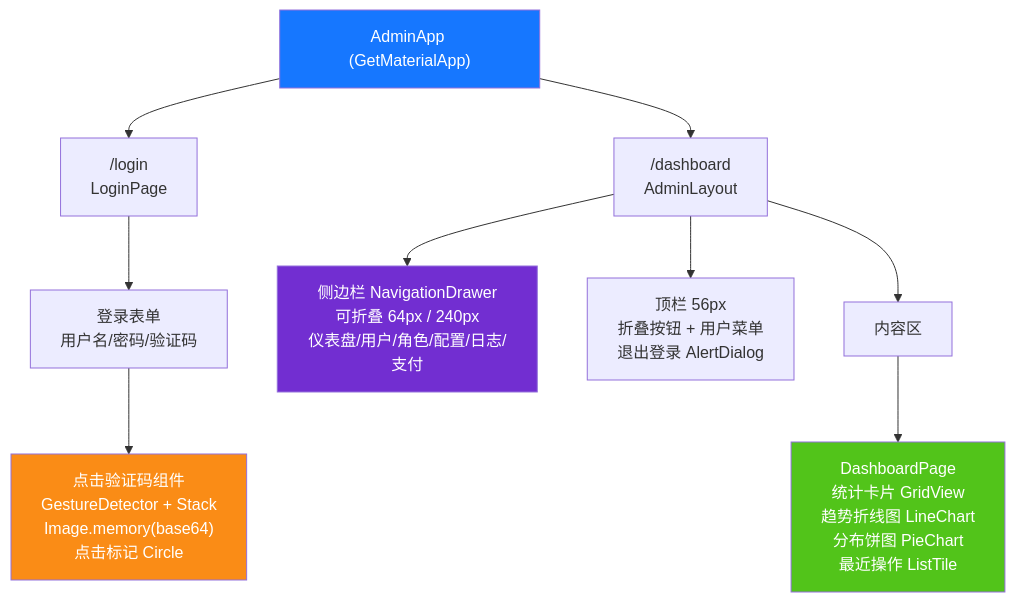
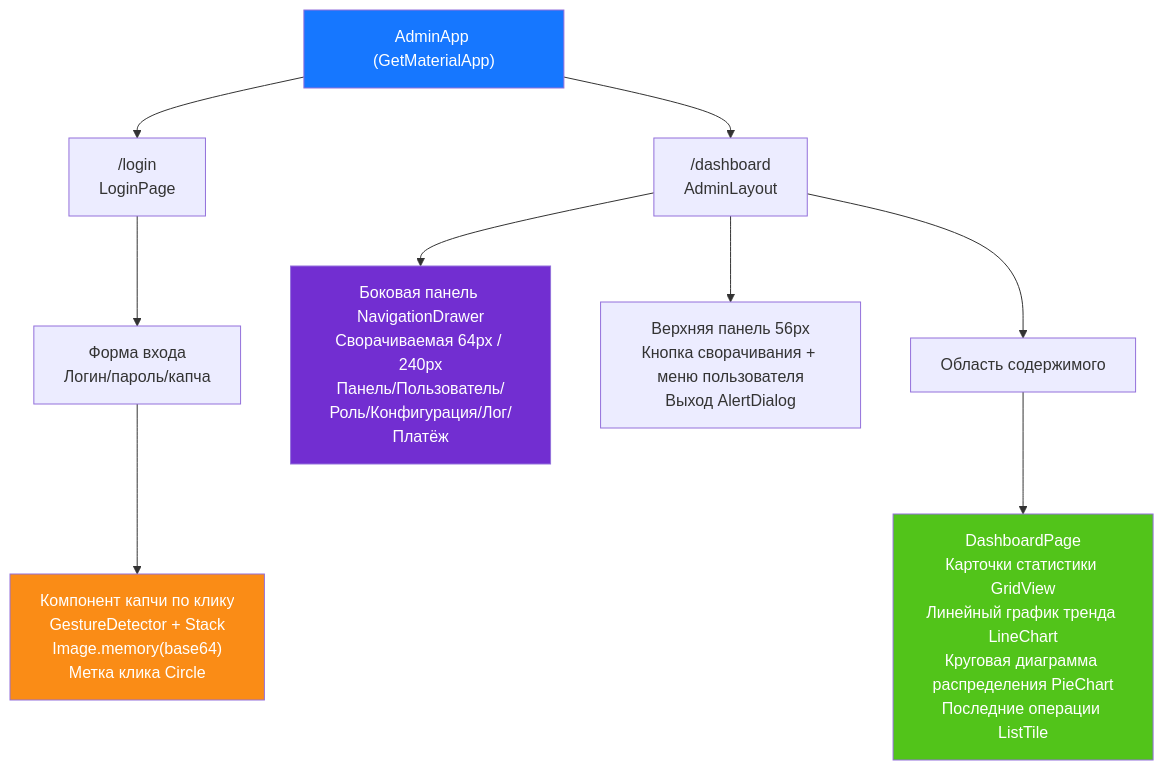
One commit to erikwang2013/game-platform-php changed diagram 11 of 14 in admin/docs/ARCHITECTURE.ru.md. Above: the diagram before and after it, drawn with Mermaid. The commit also changed other lines of this file and 211 other files, not shown here.

First line of the commit message:
fix: 支付配置读回类型根治、提现事件对账巡检，12 语族 mermaid 与 API 标签本地化

````diff
--- a/admin/docs/ARCHITECTURE.ru.md
+++ b/admin/docs/ARCHITECTURE.ru.md
@@ -549,19 +549,19 @@
 ```mermaid
 flowchart TD
     APP["AdminApp (GetMaterialApp)"]
     APP --> LP["/login<br/>LoginPage"]
     APP --> DB["/dashboard<br/>AdminLayout"]
 
-    LP --> LF["登录表单<br/>用户名/密码/验证码"]
-    LF --> CAPTCHA["点击验证码组件<br/>GestureDetector + Stack<br/>Image.memory(base64)<br/>点击标记 Circle"]
+    LP --> LF["Форма входа<br/>Логин/пароль/капча"]
+    LF --> CAPTCHA["Компонент капчи по клику<br/>GestureDetector + Stack<br/>Image.memory(base64)<br/>Метка клика Circle"]
 
-    DB --> SIDEBAR["侧边栏 NavigationDrawer<br/>可折叠 64px / 240px<br/>仪表盘/用户/角色/配置/日志/支付"]
-    DB --> HEADER["顶栏 56px<br/>折叠按钮 + 用户菜单<br/>退出登录 AlertDialog"]
-    DB --> CONTENT["内容区"]
-    CONTENT --> DASH["DashboardPage<br/>统计卡片 GridView<br/>趋势折线图 LineChart<br/>分布饼图 PieChart<br/>最近操作 ListTile"]
+    DB --> SIDEBAR["Боковая панель NavigationDrawer<br/>Сворачиваемая 64px / 240px<br/>Панель/Пользователь/Роль/Конфигурация/Лог/Платёж"]
+    DB --> HEADER["Верхняя панель 56px<br/>Кнопка сворачивания + меню пользователя<br/>Выход AlertDialog"]
+    DB --> CONTENT["Область содержимого"]
+    CONTENT --> DASH["DashboardPage<br/>Карточки статистики GridView<br/>Линейный график тренда LineChart<br/>Круговая диаграмма распределения PieChart<br/>Последние операции ListTile"]
 
     style APP fill:#1677FF,color:#fff
     style CAPTCHA fill:#FA8C16,color:#fff
     style SIDEBAR fill:#722ED1,color:#fff
     style DASH fill:#52C41A,color:#fff
 ```
````
